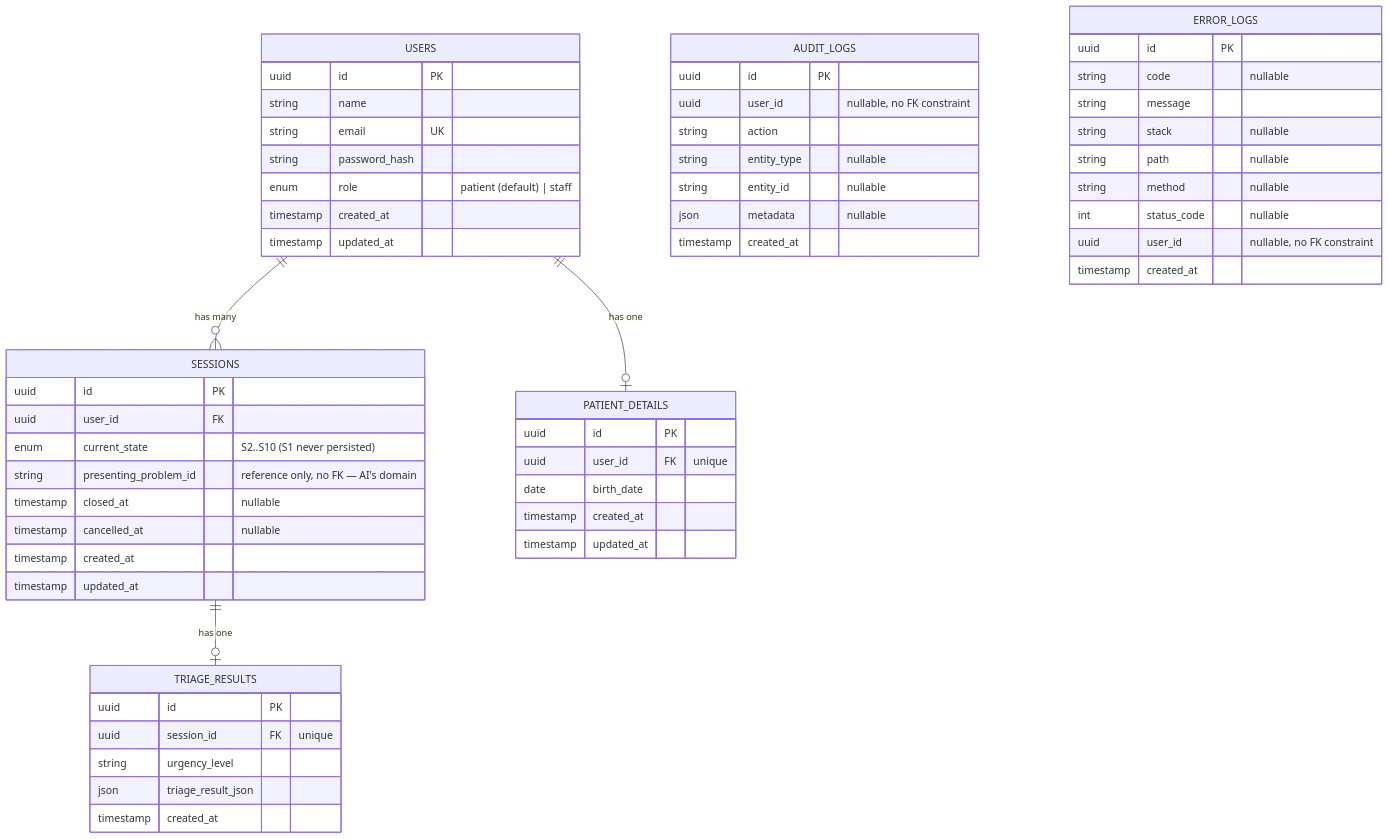
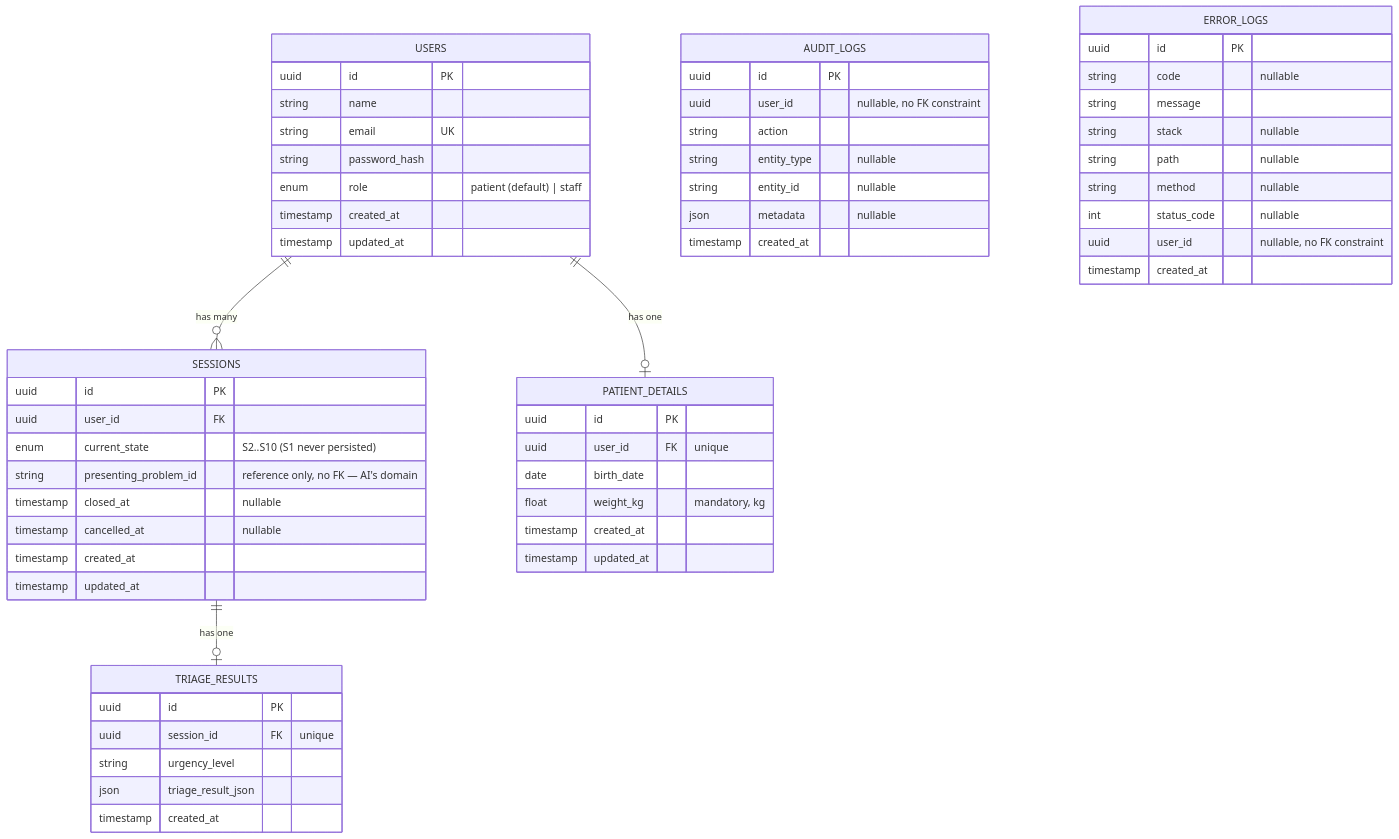
The diagram in prisma/ERD.md (sinahaghani006/triage-backend), drawn with Mermaid before and after one commit. The commit also changed other lines of this file and 6 other files, not shown here.

Commit message:
Add mandatory weight field to PatientDetails

````diff
--- a/prisma/ERD.md
+++ b/prisma/ERD.md
@@ -3,65 +3,66 @@
 ```mermaid
 erDiagram
     USERS ||--o{ SESSIONS : "has many"
     USERS ||--o| PATIENT_DETAILS : "has one"
     SESSIONS ||--o| TRIAGE_RESULTS : "has one"
 
     USERS {
         uuid id PK
         string name
         string email UK
         string password_hash
         enum role "patient (default) | staff"
         timestamp created_at
         timestamp updated_at
     }
 
     PATIENT_DETAILS {
         uuid id PK
         uuid user_id FK "unique"
         date birth_date
+        float weight_kg "mandatory, kg"
         timestamp created_at
         timestamp updated_at
     }
 
     SESSIONS {
         uuid id PK
         uuid user_id FK
         enum current_state "S2..S10 (S1 never persisted)"
         string presenting_problem_id "reference only, no FK — AI's domain"
         timestamp closed_at "nullable"
         timestamp cancelled_at "nullable"
         timestamp created_at
         timestamp updated_at
     }
 
     TRIAGE_RESULTS {
         uuid id PK
         uuid session_id FK "unique"
         string urgency_level
         json triage_result_json
         timestamp created_at
     }
 
     AUDIT_LOGS {
         uuid id PK
         uuid user_id "nullable, no FK constraint"
         string action
         string entity_type "nullable"
         string entity_id "nullable"
         json metadata "nullable"
         timestamp created_at
     }
 
     ERROR_LOGS {
         uuid id PK
         string code "nullable"
         string message
         string stack "nullable"
         string path "nullable"
         string method "nullable"
         int status_code "nullable"
         uuid user_id "nullable, no FK constraint"
         timestamp created_at
     }
 ```
````
